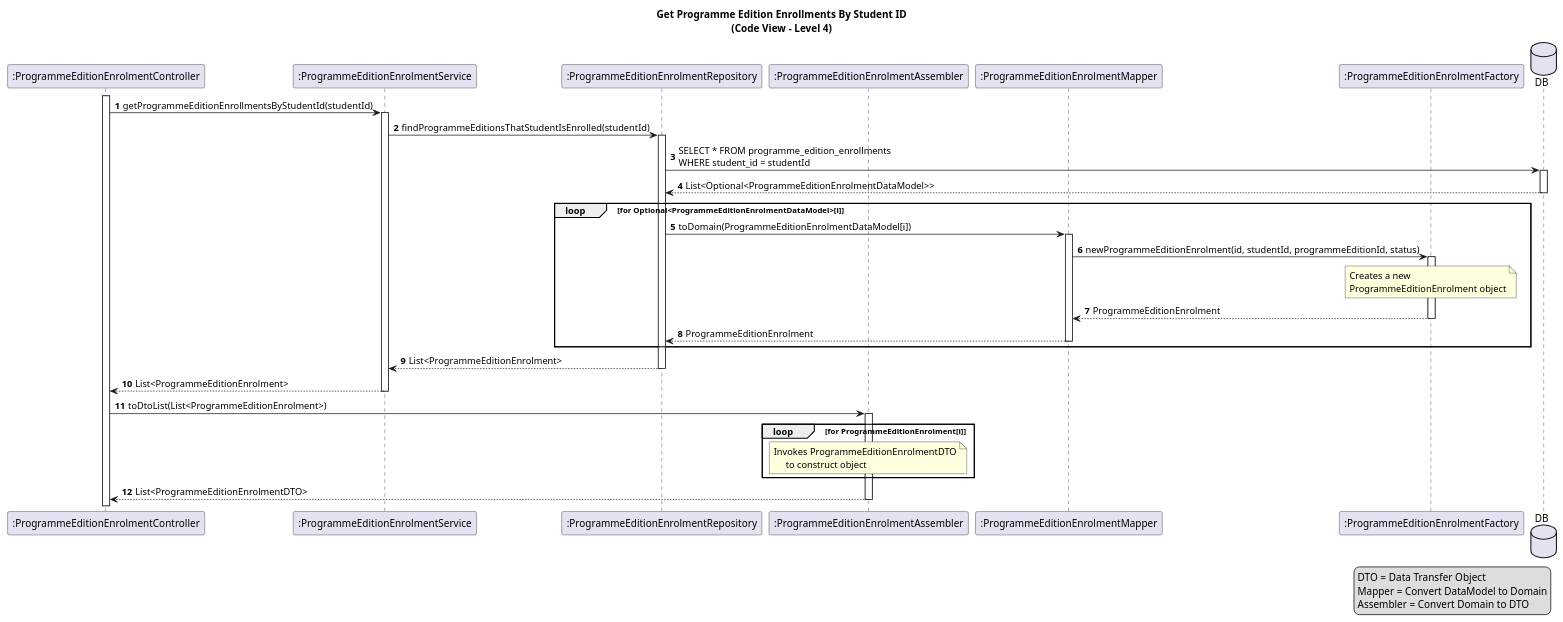
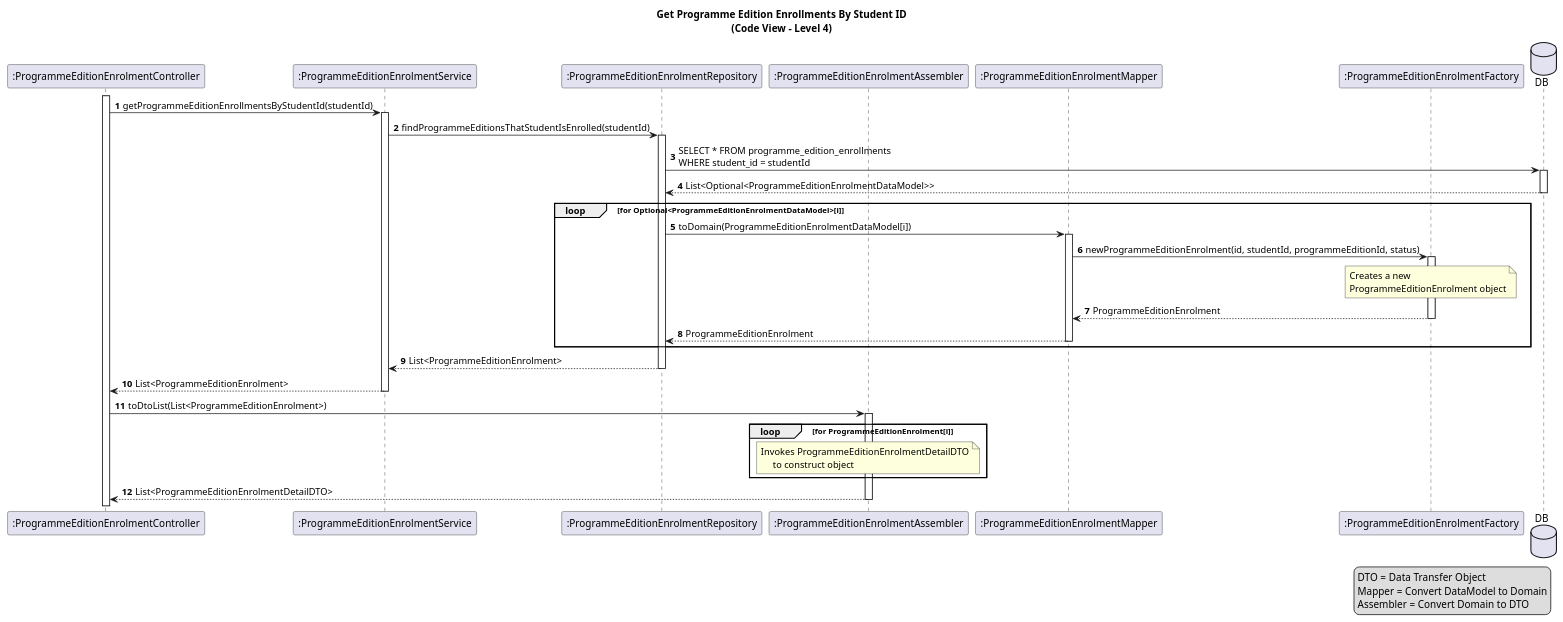
One commit to GasparISEP/DevOps-PAI changed the diagram in docs/US16/sprint6_RestController/process_view/references/GetProgrammeEditionsByStudentId.puml. Above: the diagram before and after it, drawn with PlantUML.

Commit message:
docs: Update UML diagram to reflect changes from ProgrammeEditionEnrolmentDTO to ProgrammeEditionEnrolmentDetailDTO in GetProgrammeEditionsByStudentId.puml refs #589 #500

```diff
--- a/docs/US16/sprint6_RestController/process_view/references/GetProgrammeEditionsByStudentId.puml
+++ b/docs/US16/sprint6_RestController/process_view/references/GetProgrammeEditionsByStudentId.puml
@@ -1,50 +1,50 @@
 @startuml
 title: Get Programme Edition Enrollments By Student ID\n(Code View - Level 4)
 
 autonumber
 
 participant ":ProgrammeEditionEnrolmentController" as peeCtrl
 activate peeCtrl
 participant ":ProgrammeEditionEnrolmentService" as peeService
 participant ":ProgrammeEditionEnrolmentRepository" as peeRepo
 participant ":ProgrammeEditionEnrolmentAssembler" as peeAssembler
 participant ":ProgrammeEditionEnrolmentMapper" as peeMapper
 participant ":ProgrammeEditionEnrolmentFactory" as peeFactory
 database DB
 
 peeCtrl -> peeService ++: getProgrammeEditionEnrollmentsByStudentId(studentId)
 peeService -> peeRepo ++: findProgrammeEditionsThatStudentIsEnrolled(studentId)
 peeRepo -> DB ++: SELECT * FROM programme_edition_enrollments\nWHERE student_id = studentId
 DB --> peeRepo --: List<Optional<ProgrammeEditionEnrolmentDataModel>>
 
 loop for Optional<ProgrammeEditionEnrolmentDataModel>[i]
     peeRepo -> peeMapper ++: toDomain(ProgrammeEditionEnrolmentDataModel[i])
     peeMapper -> peeFactory ++: newProgrammeEditionEnrolment(id, studentId, programmeEditionId, status)
     note over of peeFactory
         Creates a new
         ProgrammeEditionEnrolment object
     end note
     peeFactory --> peeMapper --: ProgrammeEditionEnrolment
     peeMapper --> peeRepo --: ProgrammeEditionEnrolment
 end
 
 peeRepo --> peeService --: List<ProgrammeEditionEnrolment>
 peeService --> peeCtrl --: List<ProgrammeEditionEnrolment>
 
 peeCtrl -> peeAssembler ++: toDtoList(List<ProgrammeEditionEnrolment>)
 
 loop for ProgrammeEditionEnrolment[i]
     note over of peeAssembler
-        Invokes ProgrammeEditionEnrolmentDTO
+        Invokes ProgrammeEditionEnrolmentDetailDTO
              to construct object
     end note
 end
-peeAssembler --> peeCtrl --: List<ProgrammeEditionEnrolmentDTO>
+peeAssembler --> peeCtrl --: List<ProgrammeEditionEnrolmentDetailDTO>
 
 legend right
   DTO = Data Transfer Object
   Mapper = Convert DataModel to Domain
   Assembler = Convert Domain to DTO
 end legend
 
 @enduml 
```
